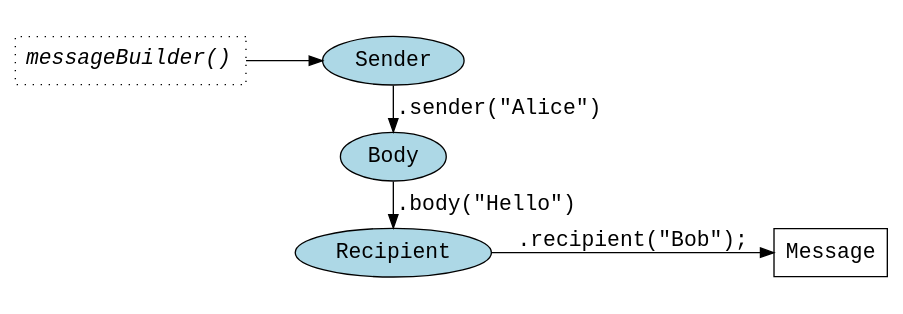
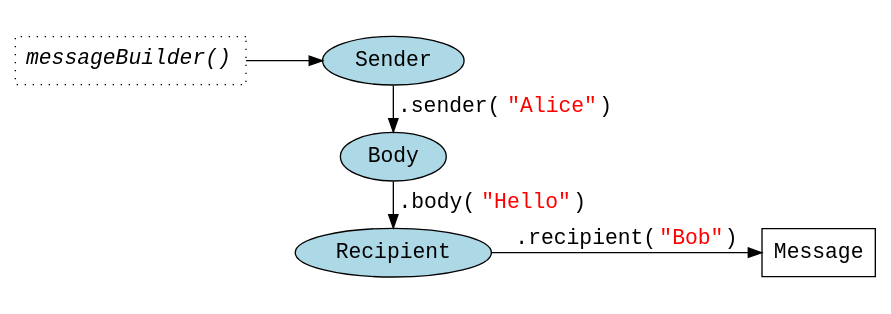
The diagram in dot/graph.dot (jbock-java/zerobuilder), drawn with Graphviz before and after one commit. The commit also changed 1 other file, not shown here.

```diff
--- a/dot/graph.dot
+++ b/dot/graph.dot
@@ -1,21 +1,21 @@
 digraph G {
   rankdir = LR;
   graph [fontname = "courier"];
   node [fontname = "courier", fontsize = 16];
   edge [fontname = "courier", fontsize = 16];
   messageBuilder [label=<<I>messageBuilder()</I>>, shape=box, style=dotted]
   Message [shape=box]
   subgraph cluster_chain {
     style=filled
     color=white
     Sender [style=filled, fillcolor=lightblue] 
     Body [style=filled, fillcolor=lightblue]
     Recipient [style=filled, fillcolor=lightblue]
     edge[constraint = false]
-    Sender -> Body    [label = "                    .sender(\"Alice\")"] 
-    Body -> Recipient [label = "                  .body(\"Hello\")"]
+    Sender -> Body    [label = <&nbsp;&nbsp;&nbsp;                 .sender(<FONT color="red">"Alice"</FONT>)>] 
+    Body -> Recipient [label = <&nbsp;&nbsp;&nbsp;               .body(<FONT color="red">"Hello"</FONT>)>]
   }
   messageBuilder -> Sender
   edge [constraint=true]
-  Recipient -> Message [label = ".recipient(\"Bob\");"]
+  Recipient -> Message [label = <.recipient(<FONT color="red">"Bob"</FONT>)>]
 }
```
